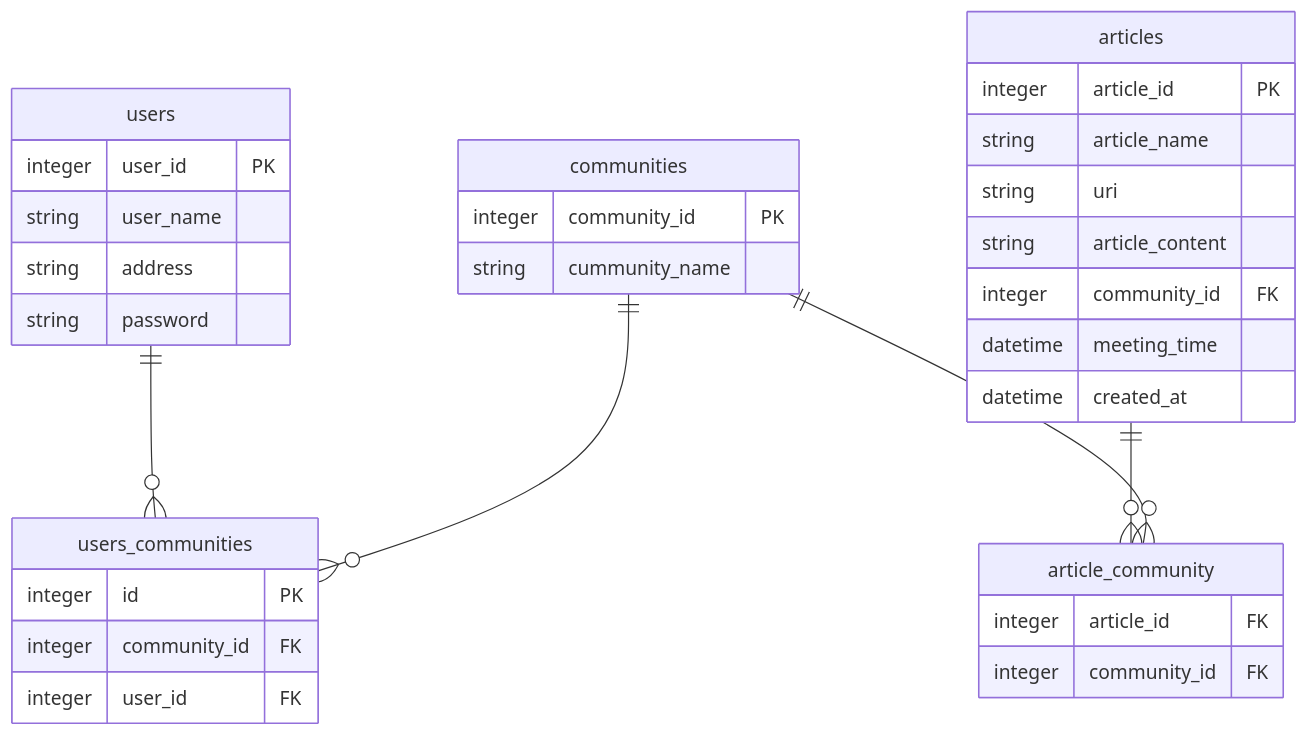
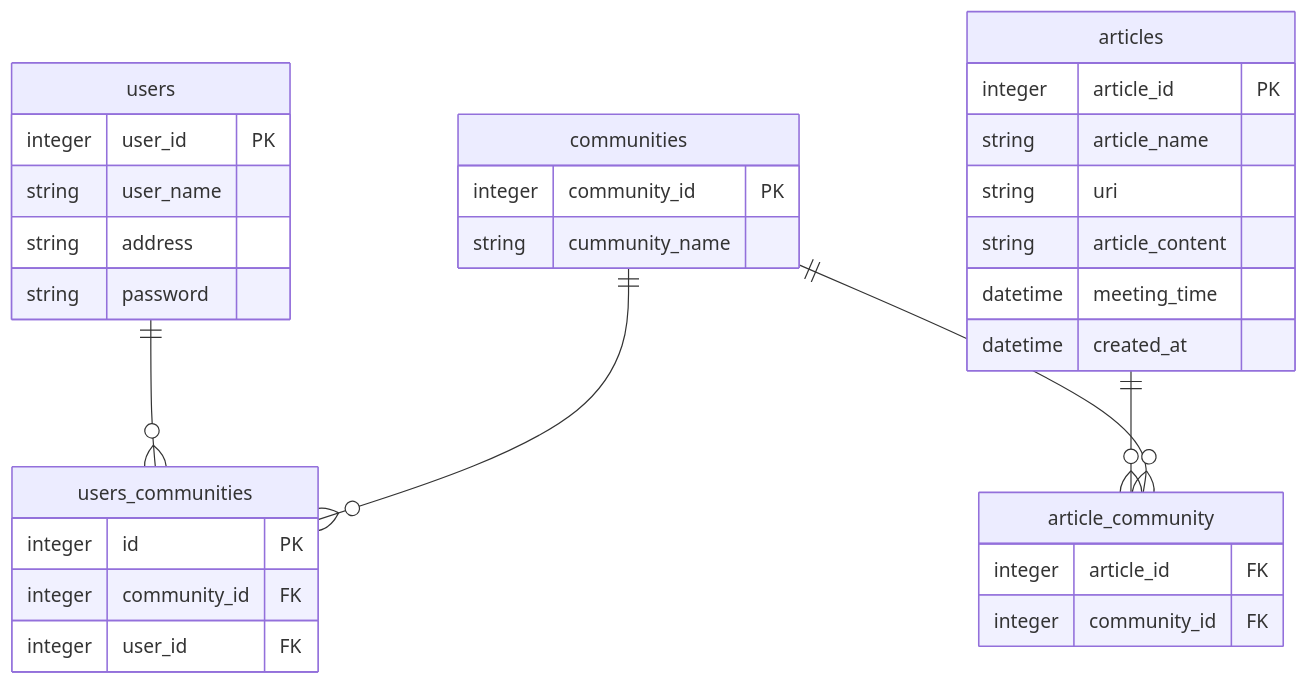
Before and after one commit to jphacks/F_2204: the diagram in README.md, drawn with Mermaid.

````diff
--- a/README.md
+++ b/README.md
@@ -73,44 +73,44 @@
 ```mermaid
 erDiagram
 
 users {
     integer user_id PK
     string user_name
     string address
     string password
 }
 
 users_communities {
     integer id PK
     integer community_id FK
     integer user_id FK
 }
 
 communities {
     integer community_id PK
     string cummunity_name
 } 
 
 articles {
     integer article_id  PK
     string article_name 
     string uri
     string article_content
-    integer community_id FK
+  
     datetime meeting_time
     datetime created_at
 }
 article_community {
     integer article_id FK
     integer community_id FK
 }
 
 articles ||--o{article_community:""
 communities ||--o{article_community:""
 
 users ||--o{users_communities:""
 communities ||--o{users_communities:""
 
 
 
 ```
````
